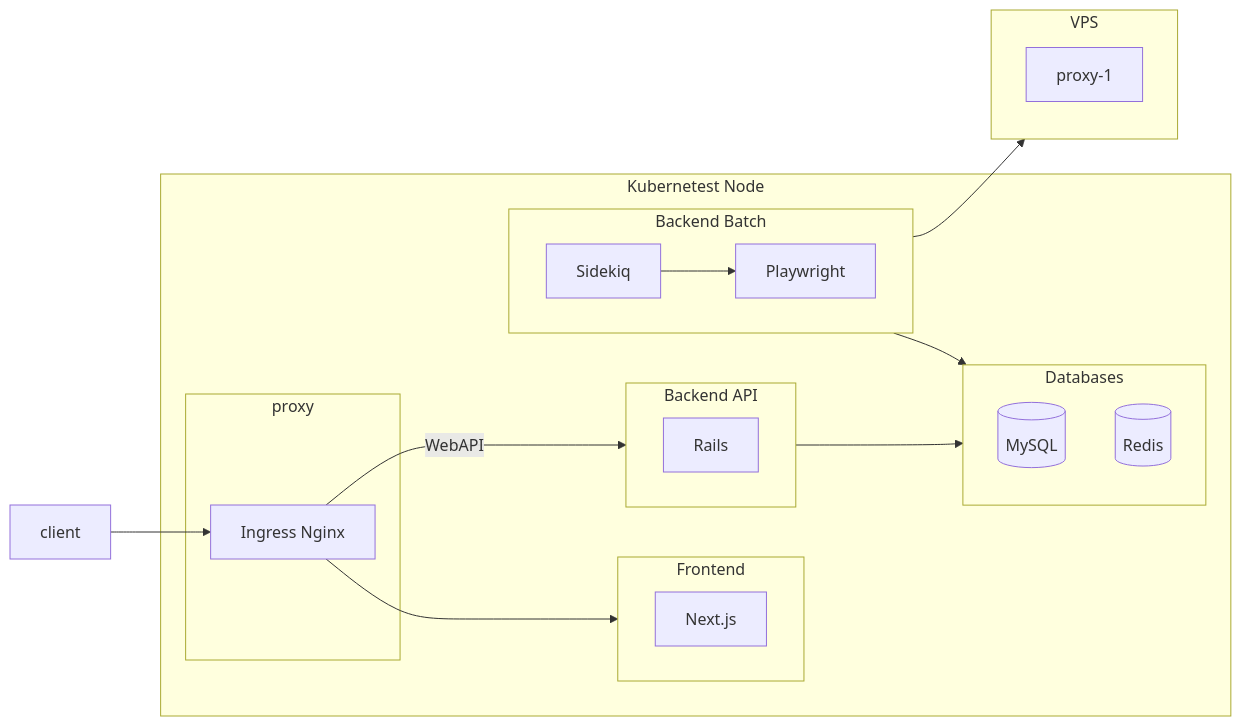
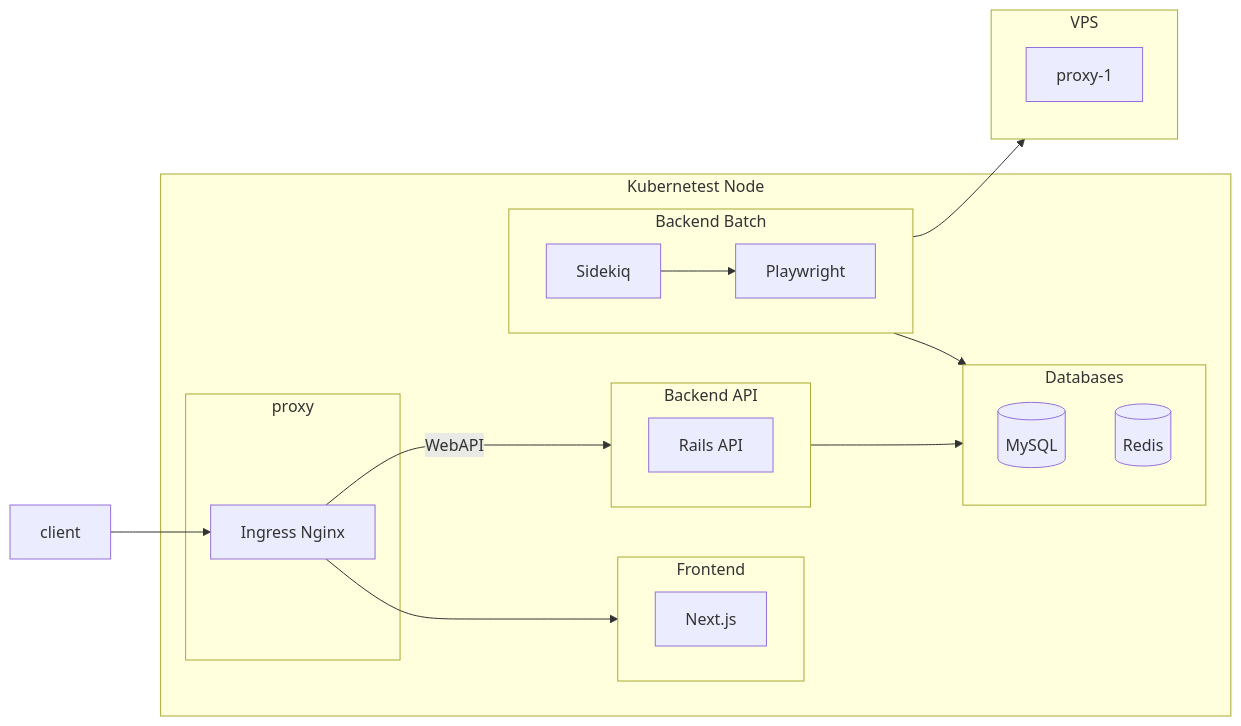
One commit to kuroweb/price-monitoring changed the second of 12 diagrams in README.md. Above: the diagram before and after it, drawn with Mermaid. The commit also changed other lines of this file, not shown here.

````diff
--- a/README.md
+++ b/README.md
@@ -81,42 +86,42 @@
   ```mermaid
   flowchart LR
   subgraph Kubernetest Node
     subgraph proxy
       nginx[Ingress Nginx]
     end
 
     subgraph Frontend
       direction LR
 
       Next.js
     end
 
     subgraph Backend API
       direction LR
 
-      rails[Rails]
+      rails[Rails API]
     end
 
     subgraph Backend Batch
       direction LR
 
       sidekiq[Sidekiq]
       playwright[Playwright]
     end
 
     subgraph Databases
       mysql[(MySQL)]
       redis[(Redis)]
     end
   end
 
   subgraph VPS
     proxy-1
   end
 
   client-->nginx-->Next.js
   nginx--WebAPI-->rails
   sidekiq-->playwright-->VPS
   rails-->Databases
   sidekiq-->Databases
   ```
````
